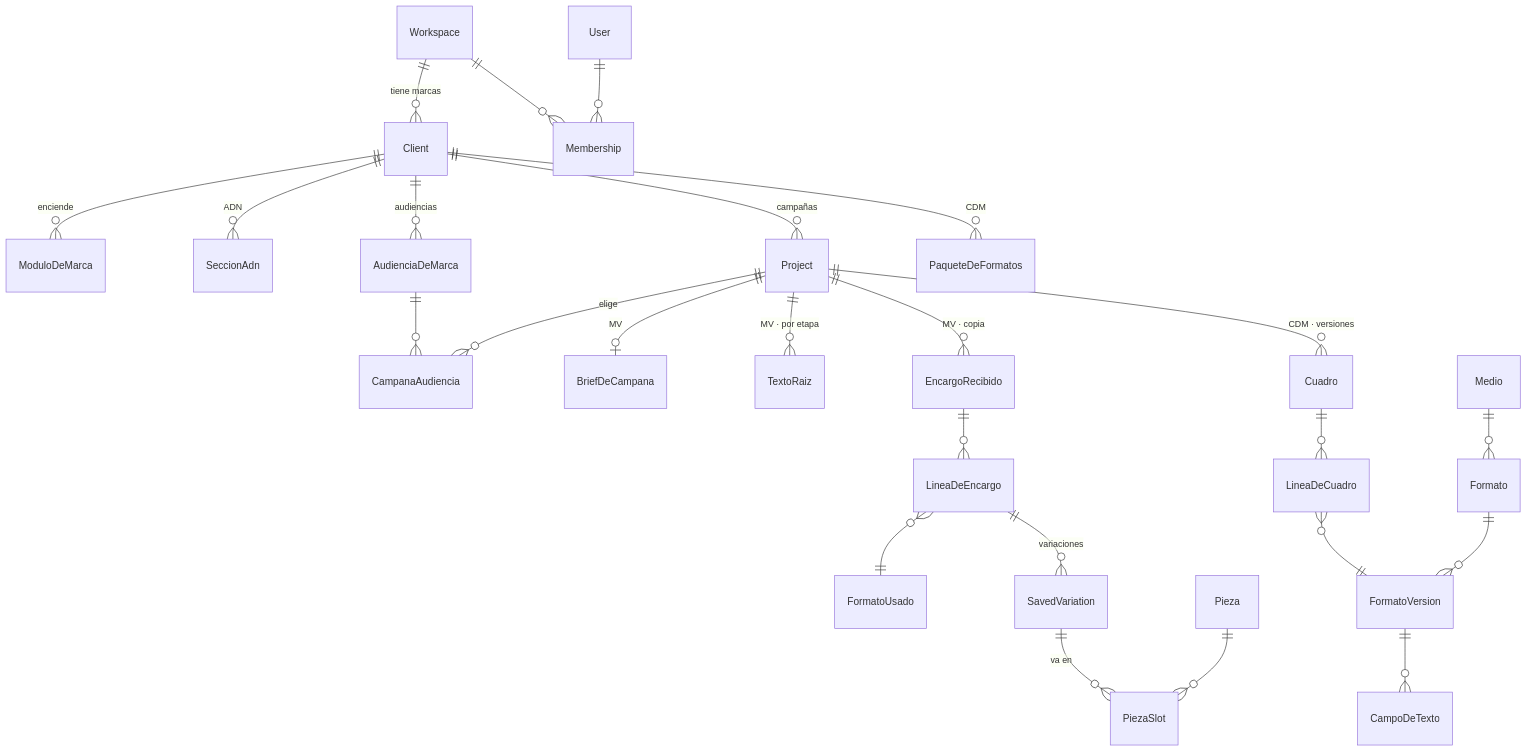
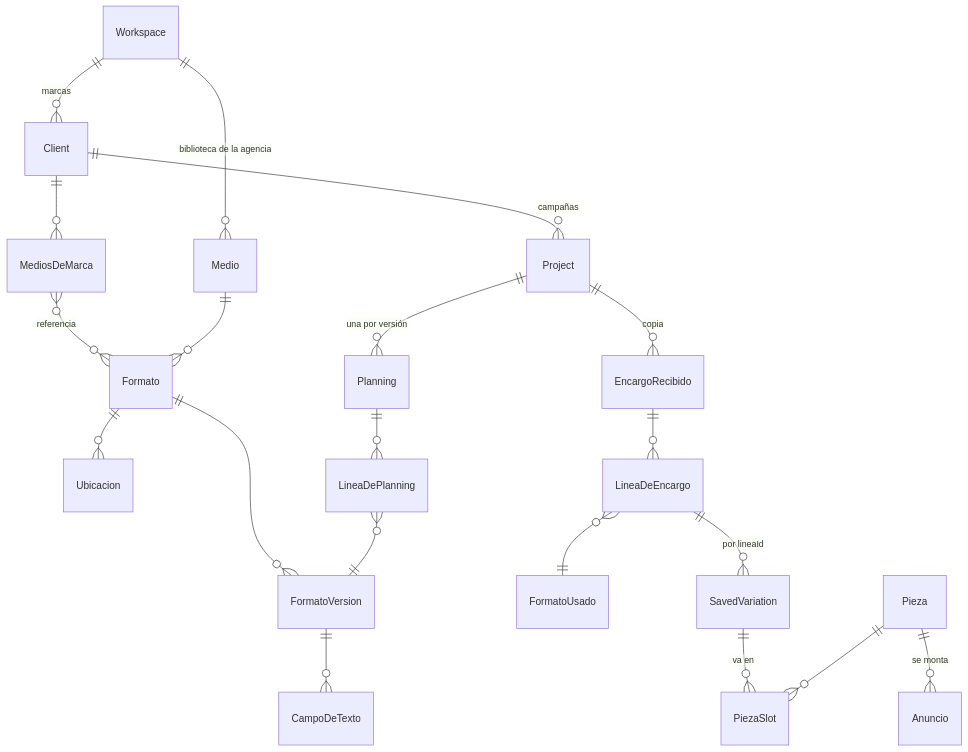
The diagram in docs/ecosistema/datos/arquitectura-de-datos.md (gerardoriarte-bt/Myvoice), drawn with Mermaid before and after one commit. The commit also changed other lines of this file and 4 other files, not shown here.

````diff
--- a/docs/ecosistema/datos/arquitectura-de-datos.md
+++ b/docs/ecosistema/datos/arquitectura-de-datos.md
@@ -68,27 +91,22 @@
 ```mermaid
 erDiagram
-  Workspace ||--o{ Client : "tiene marcas"
-  Workspace ||--o{ Membership : ""
-  User ||--o{ Membership : ""
-  Client ||--o{ ModuloDeMarca : "enciende"
-  Client ||--o{ SeccionAdn : "ADN"
-  Client ||--o{ AudienciaDeMarca : "audiencias"
+  Workspace ||--o{ Client : "marcas"
+  Workspace ||--o{ Medio : "biblioteca de la agencia"
   Client ||--o{ Project : "campañas"
-  Project ||--o{ CampanaAudiencia : "elige"
-  AudienciaDeMarca ||--o{ CampanaAudiencia : ""
-  Project ||--o| BriefDeCampana : "MV"
-  Project ||--o{ TextoRaiz : "MV · por etapa"
-  Project ||--o{ EncargoRecibido : "MV · copia"
+  Client ||--o{ MediosDeMarca : ""
+  MediosDeMarca }o--o{ Formato : "referencia"
+  Medio ||--o{ Formato : ""
+  Formato ||--o{ FormatoVersion : ""
+  Formato ||--o{ Ubicacion : ""
+  FormatoVersion ||--o{ CampoDeTexto : ""
+  Project ||--o{ Planning : "una por versión"
+  Planning ||--o{ LineaDePlanning : ""
+  LineaDePlanning }o--|| FormatoVersion : ""
+  Project ||--o{ EncargoRecibido : "copia"
   EncargoRecibido ||--o{ LineaDeEncargo : ""
   LineaDeEncargo }o--|| FormatoUsado : ""
-  LineaDeEncargo ||--o{ SavedVariation : "variaciones"
+  LineaDeEncargo ||--o{ SavedVariation : "por lineaId"
   SavedVariation ||--o{ PiezaSlot : "va en"
   Pieza ||--o{ PiezaSlot : ""
-  Project ||--o{ Cuadro : "CDM · versiones"
-  Cuadro ||--o{ LineaDeCuadro : ""
-  LineaDeCuadro }o--|| FormatoVersion : ""
-  Medio ||--o{ Formato : ""
-  Formato ||--o{ FormatoVersion : ""
-  FormatoVersion ||--o{ CampoDeTexto : ""
-  Client ||--o{ PaqueteDeFormatos : "CDM"
+  Pieza ||--o{ Anuncio : "se monta"
 ```
````
